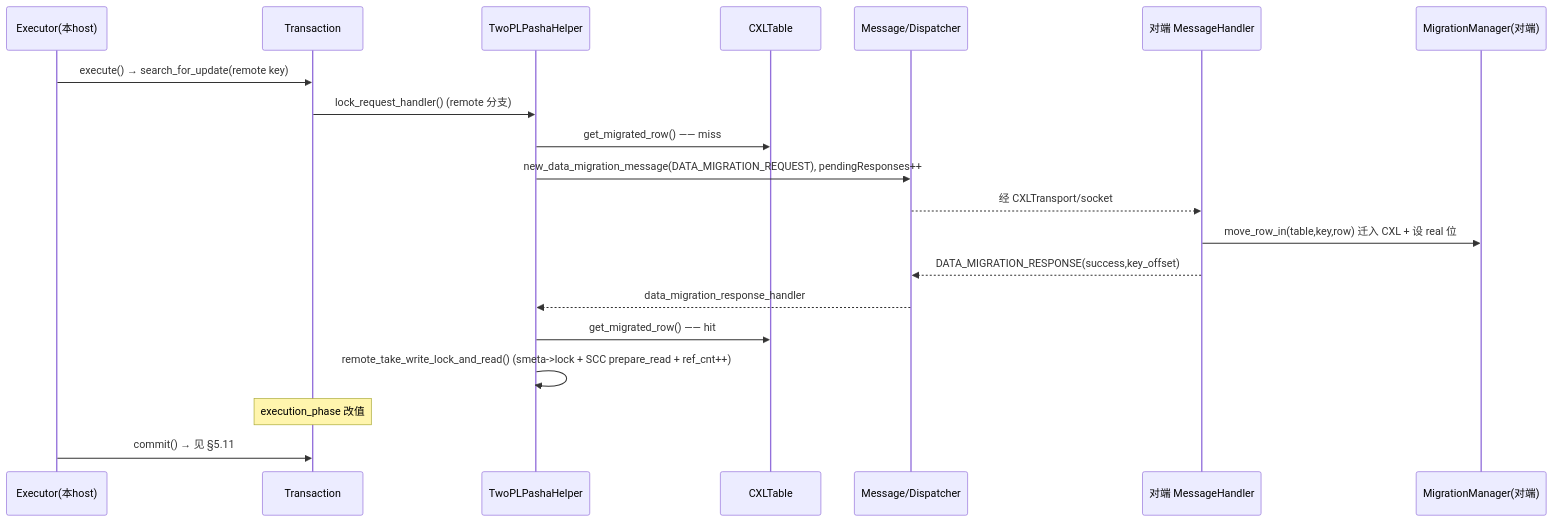
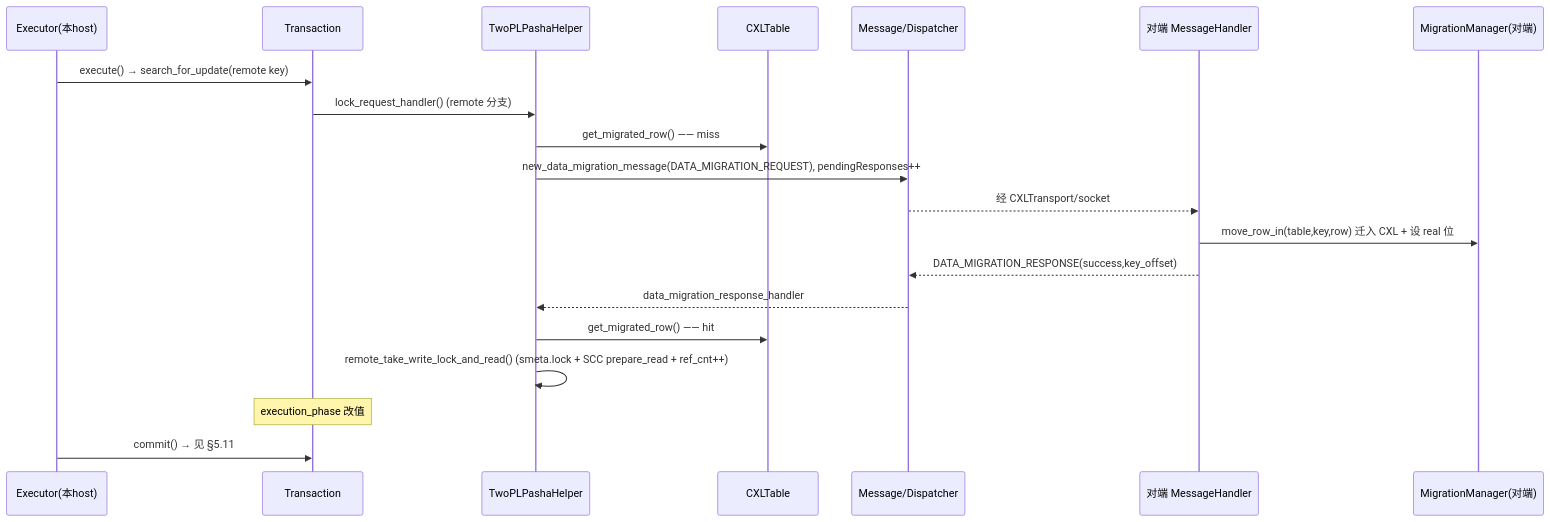
One commit to solutive-player/tigon changed the seventh of 17 diagrams in architecture.md. Above: the diagram before and after it, drawn with Mermaid. The commit also changed other lines of this file, not shown here.

First line of the commit message:
docs: fix mermaid rendering on GitHub

````diff
--- a/architecture.md
+++ b/architecture.md
@@ -356,23 +356,23 @@
 ```mermaid
 sequenceDiagram
     participant E as Executor(本host)
     participant T as Transaction
     participant H as TwoPLPashaHelper
     participant CT as CXLTable
     participant MSG as Message/Dispatcher
     participant RH as 对端 MessageHandler
     participant MM as MigrationManager(对端)
 
     E->>T: execute() → search_for_update(remote key)
     T->>H: lock_request_handler() (remote 分支)
     H->>CT: get_migrated_row() —— miss
     H->>MSG: new_data_migration_message(DATA_MIGRATION_REQUEST), pendingResponses++
     MSG-->>RH: 经 CXLTransport/socket
     RH->>MM: move_row_in(table,key,row) 迁入 CXL + 设 real 位
     RH-->>MSG: DATA_MIGRATION_RESPONSE(success,key_offset)
     MSG-->>H: data_migration_response_handler
     H->>CT: get_migrated_row() —— hit
-    H->>H: remote_take_write_lock_and_read() (smeta->lock + SCC prepare_read + ref_cnt++)
+    H->>H: remote_take_write_lock_and_read() (smeta.lock + SCC prepare_read + ref_cnt++)
     Note over T: execution_phase 改值
     E->>T: commit() → 见 §5.11
 ```
````
